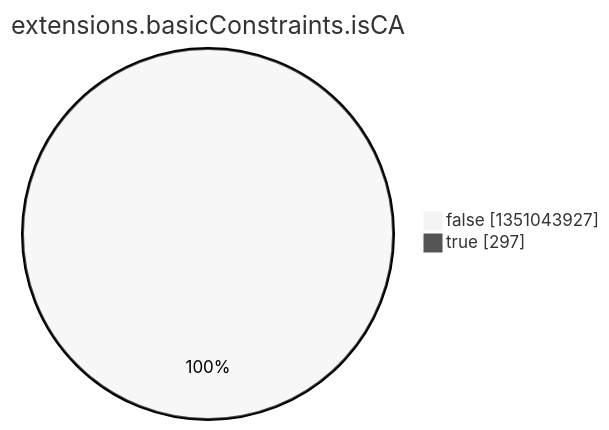
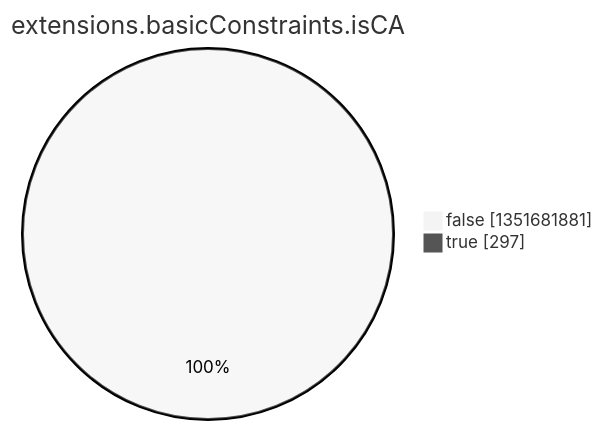
One commit to christiankrug/ctmonitor_visualization changed the eighth of 15 diagrams in argon2022/README.md. Above: the diagram before and after it, drawn with Mermaid (neutral theme). The commit also changed other lines of this file, not shown here.

````diff
--- a/argon2022/README.md
+++ b/argon2022/README.md
@@ -2758,6 +2758,6 @@
 ```mermaid
 pie showData
 title extensions.basicConstraints.isCA
-"false" :1351043927
+"false" :1351681881
 "true" :297
 ```
````
